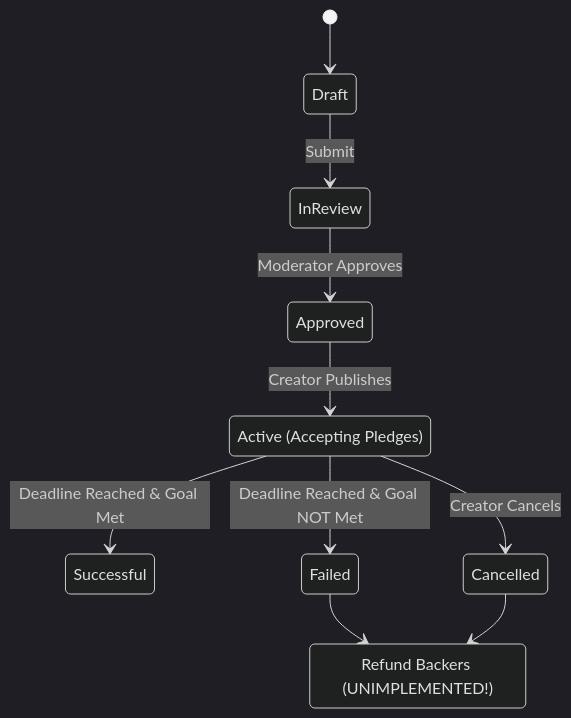
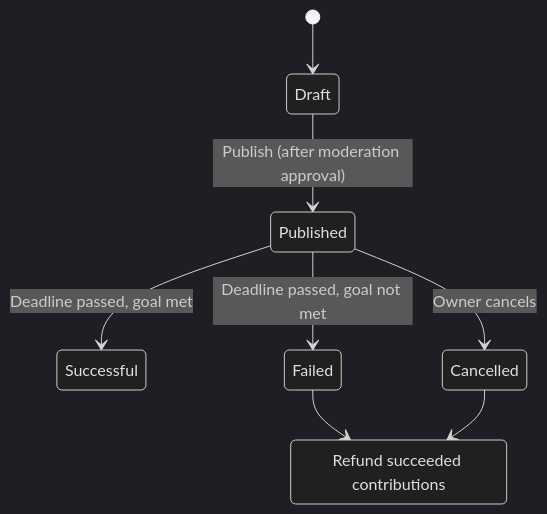
The diagram in educational/02-gap-analysis-and-tradeoffs/under-engineering-audit.md (maysamgamini/crowdfundinghub), drawn with Mermaid (dark theme) before and after one commit. The commit also changed other lines of this file and 203 other files, not shown here.

````diff
--- a/educational/02-gap-analysis-and-tradeoffs/under-engineering-audit.md
+++ b/educational/02-gap-analysis-and-tradeoffs/under-engineering-audit.md
@@ -122,17 +49,11 @@
 ```mermaid
 stateDiagram-v2
     [*] --> Draft
-    Draft --> InReview: Submit
-    InReview --> Approved: Moderator Approves
-    Approved --> Active: Creator Publishes
-    
-    state "Active (Accepting Pledges)" as Active
-    
-    Active --> Successful: Deadline Reached & Goal Met
-    Active --> Failed: Deadline Reached & Goal NOT Met
-    Active --> Cancelled: Creator Cancels
-    
-    state "Refund Backers (UNIMPLEMENTED!)" as Refund
-    Failed --> Refund
-    Cancelled --> Refund
+    Draft --> Published: Publish (after moderation approval)
+    Published --> Successful: Deadline passed, goal met
+    Published --> Failed: Deadline passed, goal not met
+    Published --> Cancelled: Owner cancels
+    Failed --> RefundBackers
+    Cancelled --> RefundBackers
+    state "Refund succeeded contributions" as RefundBackers
 ```
````
